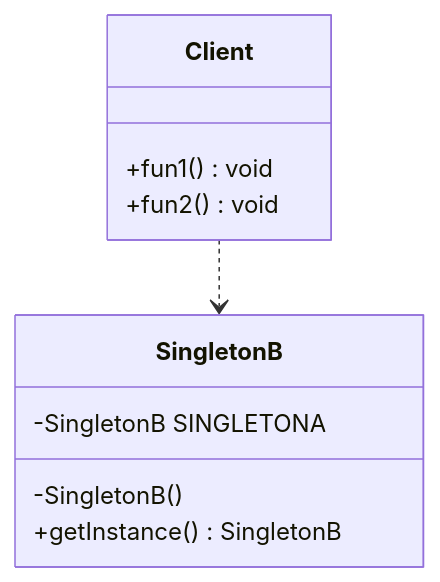
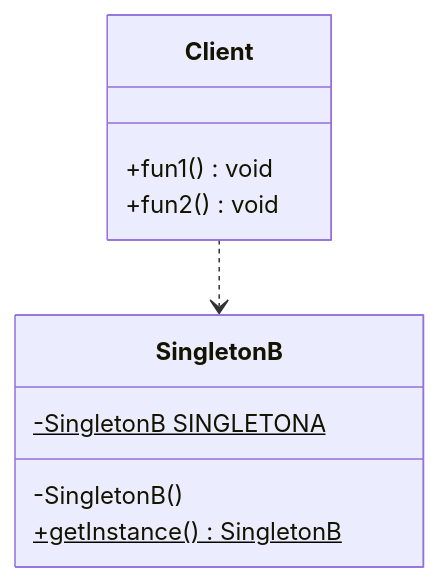
The third of 7 diagrams in docs/blogs/general/designpattern/designpattern-java/shardings/designpattern-java-chapter-4.创建型模式-单例模式.md (lingwh1995/blog), drawn with Mermaid before and after one commit. The commit also changed other lines of this file and 259 other files, not shown here.

````diff
--- a/docs/blogs/general/designpattern/designpattern-java/shardings/designpattern-java-chapter-4.创建型模式-单例模式.md
+++ b/docs/blogs/general/designpattern/designpattern-java/shardings/designpattern-java-chapter-4.创建型模式-单例模式.md
@@ -79,13 +103,13 @@
 ```mermaid
 classDiagram
     Client ..> SingletonB
     class SingletonB {
-        -SingletonB SINGLETONA
+        -SingletonB SINGLETONA$
         -SingletonB()
-        +getInstance() SingletonB
+        +getInstance()$ SingletonB
     }
     class Client {
         +fun1() void
         +fun2() void
     }
 ```
````
